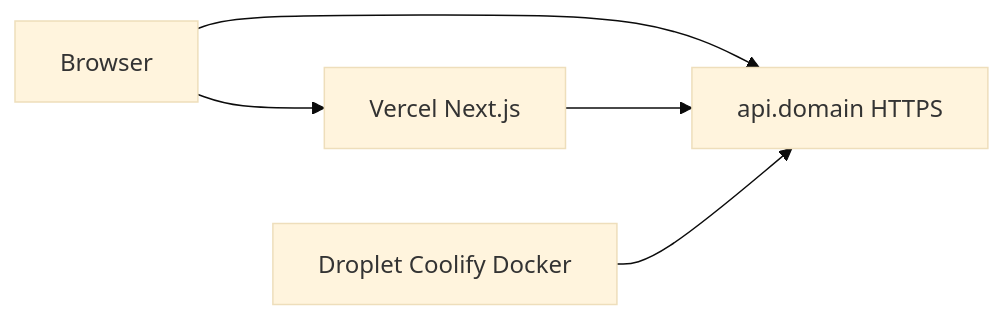
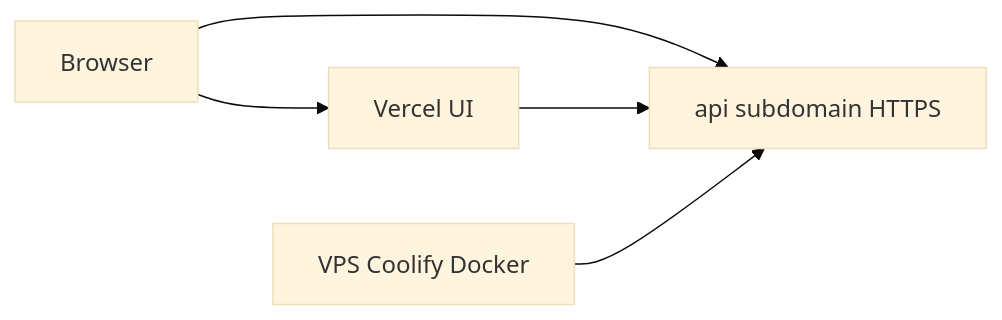
One commit to JahacksV1/immigration-app changed the diagram in docs/HYBRID_SERVER_RUNBOOK.md. Above: the diagram before and after it, drawn with Mermaid (base theme). The commit also changed other lines of this file, not shown here.

````diff
--- a/docs/HYBRID_SERVER_RUNBOOK.md
+++ b/docs/HYBRID_SERVER_RUNBOOK.md
@@ -20,12 +32,12 @@
 ```mermaid
 flowchart LR
-  user[Browser]
-  vercel[Vercel Next.js]
-  api[api.domain HTTPS]
-  droplet[Droplet Coolify Docker]
+  browser[Browser]
+  vercel[Vercel UI]
+  apiHTTPS[api subdomain HTTPS]
+  vps[VPS Coolify Docker]
 
-  user --> vercel
-  user --> api
-  vercel --> api
-  droplet --> api
+  browser --> vercel
+  browser --> apiHTTPS
+  vercel --> apiHTTPS
+  vps --> apiHTTPS
 ```
````
